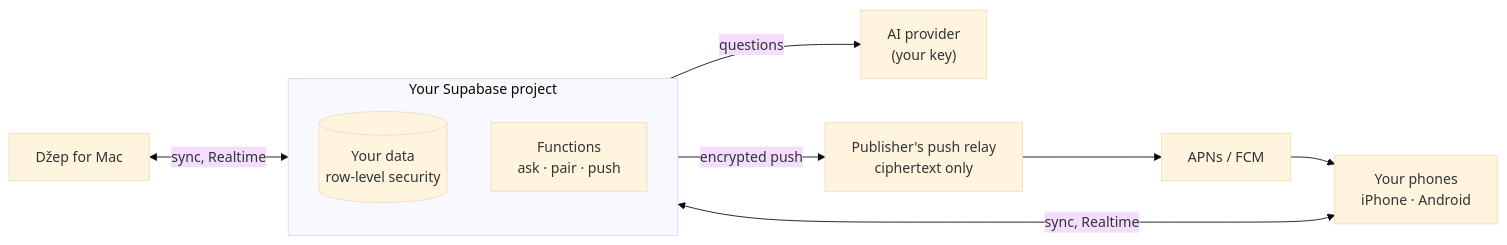
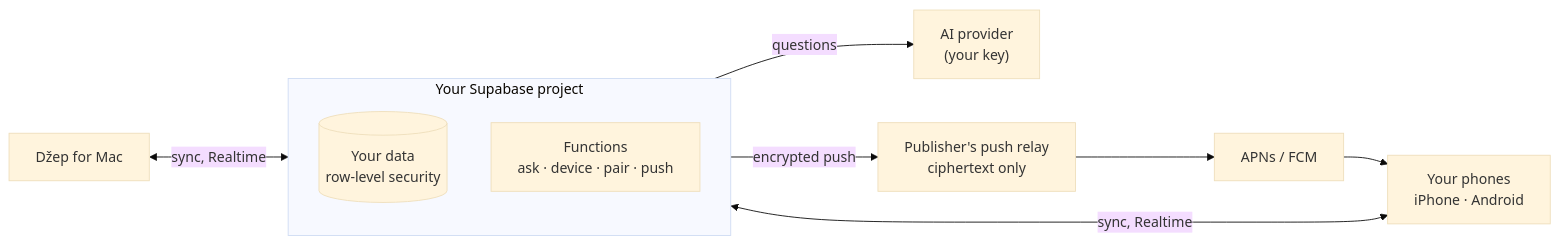
Before and after one commit to danyzmaj-apps/dzep: the diagram in README.md, drawn with Mermaid (base theme). The commit also changed other lines of this file and 40 other files, not shown here.

````diff
--- a/README.md
+++ b/README.md
@@ -83,18 +83,18 @@
 ```mermaid
 flowchart LR
   mac["Džep for Mac"]
   subgraph yours ["Your Supabase project"]
     direction TB
     db[("Your data<br/>row-level security")]
-    fn["Functions<br/>ask · pair · push"]
+    fn["Functions<br/>ask · device · pair · push"]
   end
   phones["Your phones<br/>iPhone · Android"]
   ai["AI provider<br/>(your key)"]
   relay["Publisher's push relay<br/>ciphertext only"]
   apns["APNs / FCM"]
   mac <-->|"sync, Realtime"| db
   db <-->|"sync, Realtime"| phones
   fn -->|questions| ai
   fn -->|"encrypted push"| relay
   relay --> apns --> phones
 ```
````
